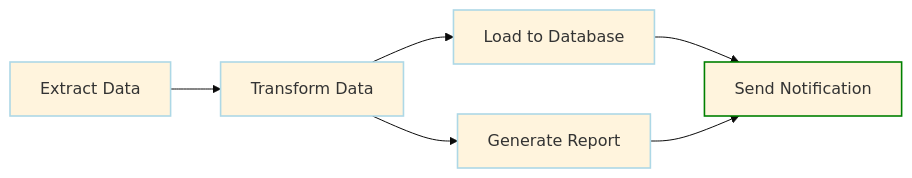
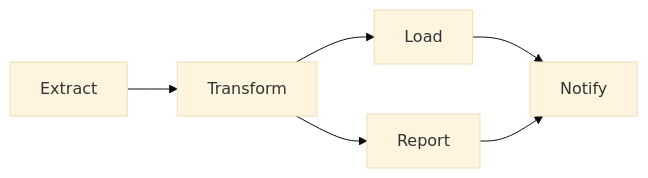
One commit to dagu-org/dagu changed the diagram in docs/getting-started/concepts.md. Above: the diagram before and after it, drawn with Mermaid (base theme). The commit also changed other lines of this file and 32 other files, not shown here.

````diff
--- a/docs/getting-started/concepts.md
+++ b/docs/getting-started/concepts.md
@@ -13,14 +13,8 @@
 ```mermaid
 graph LR
-    A[Extract Data] --> B[Transform Data]
-    B --> C[Load to Database]
-    B --> D[Generate Report]
-    C --> E[Send Notification]
+    A[Extract] --> B[Transform]
+    B --> C[Load]
+    B --> D[Report]
+    C --> E[Notify]
     D --> E
-    
-    style A stroke:lightblue,stroke-width:1.6px,color:#333
-    style B stroke:lightblue,stroke-width:1.6px,color:#333
-    style C stroke:lightblue,stroke-width:1.6px,color:#333
-    style D stroke:lightblue,stroke-width:1.6px,color:#333
-    style E stroke:green,stroke-width:1.6px,color:#333
 ```
````
